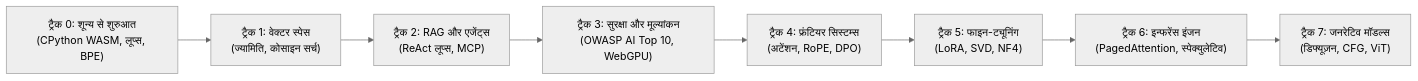
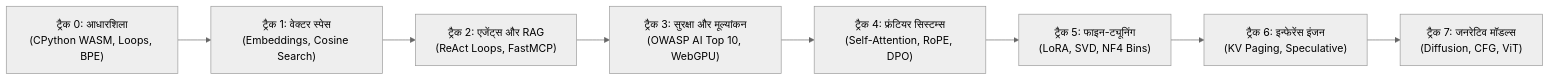
Before and after one commit to Adilrafiq001/OpenGuideForAI: the first of 2 diagrams in docs/translations/README_hi.md, drawn with Mermaid (neutral theme). The commit also changed other lines of this file and 19 other files, not shown here.

````diff
--- a/docs/translations/README_hi.md
+++ b/docs/translations/README_hi.md
@@ -110,13 +74,13 @@
 ```mermaid
 graph LR
-    T0["ट्रैक 0: शून्य से शुरुआत<br/>(CPython WASM, लूप्स, BPE)"]
-    T1["ट्रैक 1: वेक्टर स्पेस<br/>(ज्यामिति, कोसाइन सर्च)"]
-    T2["ट्रैक 2: RAG और एजेंट्स<br/>(ReAct लूप्स, MCP)"]
+    T0["ट्रैक 0: आधारशिला<br/>(CPython WASM, Loops, BPE)"]
+    T1["ट्रैक 1: वेक्टर स्पेस<br/>(Embeddings, Cosine Search)"]
+    T2["ट्रैक 2: एजेंट्स और RAG<br/>(ReAct Loops, FastMCP)"]
     T3["ट्रैक 3: सुरक्षा और मूल्यांकन<br/>(OWASP AI Top 10, WebGPU)"]
-    T4["ट्रैक 4: फ्रंटियर सिस्टम्स<br/>(अटेंशन, RoPE, DPO)"]
-    T5["ट्रैक 5: फाइन-ट्यूनिंग<br/>(LoRA, SVD, NF4)"]
-    T6["ट्रैक 6: इन्फरेंस इंजन<br/>(PagedAttention, स्पेक्युलेटिव)"]
-    T7["ट्रैक 7: जनरेटिव मॉडल्स<br/>(डिफ्यूज़न, CFG, ViT)"]
+    T4["ट्रैक 4: फ्रंटियर सिस्टम्स<br/>(Self-Attention, RoPE, DPO)"]
+    T5["ट्रैक 5: फाइन-ट्यूनिंग<br/>(LoRA, SVD, NF4 Bins)"]
+    T6["ट्रैक 6: इन्फेरेंस इंजन<br/>(KV Paging, Speculative)"]
+    T7["ट्रैक 7: जनरेटिव मॉडल्स<br/>(Diffusion, CFG, ViT)"]
 
     T0 --> T1 --> T2 --> T3 --> T4 --> T5 --> T6 --> T7
 ```
````
